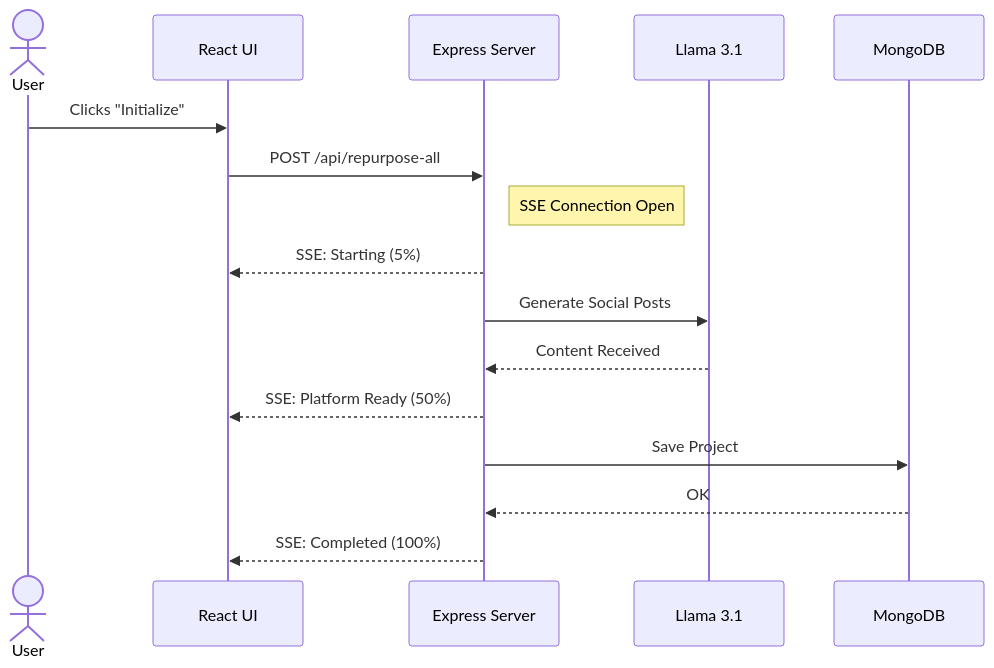
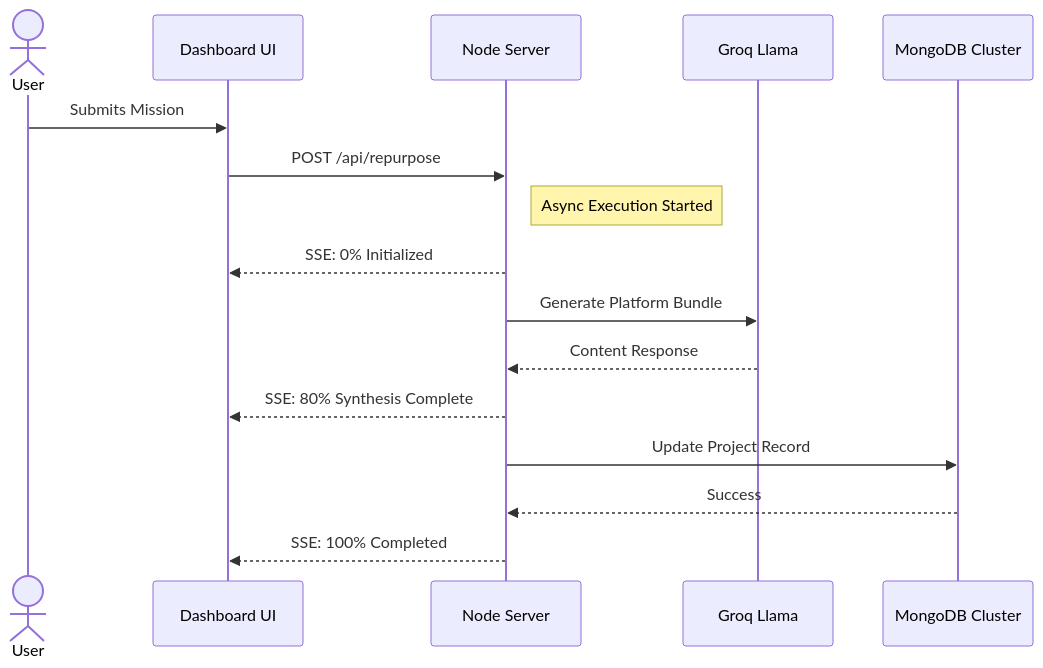
The tenth of 20 diagrams in ALL_DIAGRAMS.md (naresh-rn/echoly), drawn with Mermaid before and after one commit. The commit also changed other lines of this file and 1 other file, not shown here.

Commit message:
docs: repair diagram rendering and finalize comprehensive architecture dossier

````diff
--- a/ALL_DIAGRAMS.md
+++ b/ALL_DIAGRAMS.md
@@ -269,19 +268,19 @@
 ```mermaid
 sequenceDiagram
     actor User
-    participant App as React UI
-    participant Svr as Express Server
-    participant AI as Llama 3.1
-    participant DB as MongoDB
+    participant App as Dashboard UI
+    participant Svr as Node Server
+    participant AI as Groq Llama
+    participant DB as MongoDB Cluster
 
-    User->>App: Clicks "Initialize"
-    App->>Svr: POST /api/repurpose-all
-    Note right of Svr: SSE Connection Open
-    Svr-->>App: SSE: Starting (5%)
-    Svr->>AI: Generate Social Posts
-    AI-->>Svr: Content Received
-    Svr-->>App: SSE: Platform Ready (50%)
-    Svr->>DB: Save Project
-    DB-->>Svr: OK
-    Svr-->>App: SSE: Completed (100%)
+    User->>App: Submits Mission
+    App->>Svr: POST /api/repurpose
+    Note right of Svr: Async Execution Started
+    Svr-->>App: SSE: 0% Initialized
+    Svr->>AI: Generate Platform Bundle
+    AI-->>Svr: Content Response
+    Svr-->>App: SSE: 80% Synthesis Complete
+    Svr->>DB: Update Project Record
+    DB-->>Svr: Success
+    Svr-->>App: SSE: 100% Completed
 ```
````
